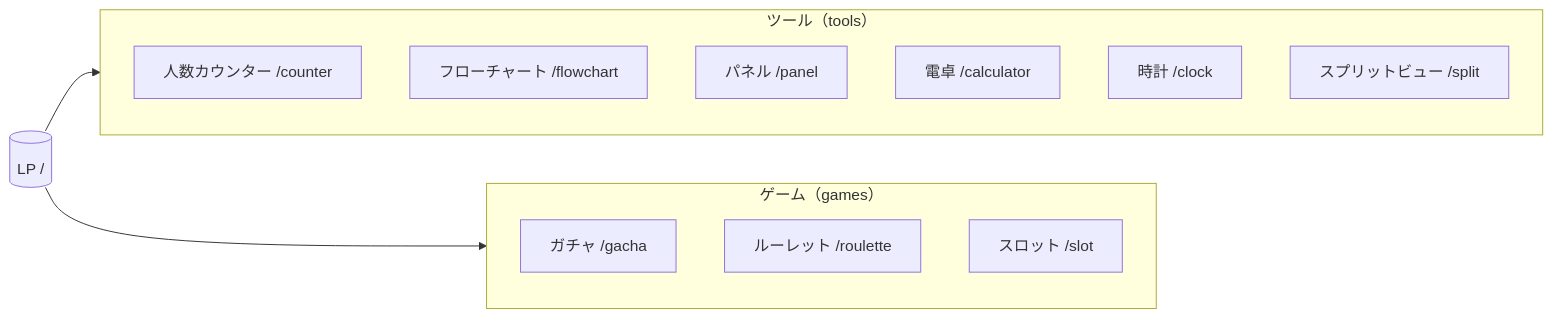
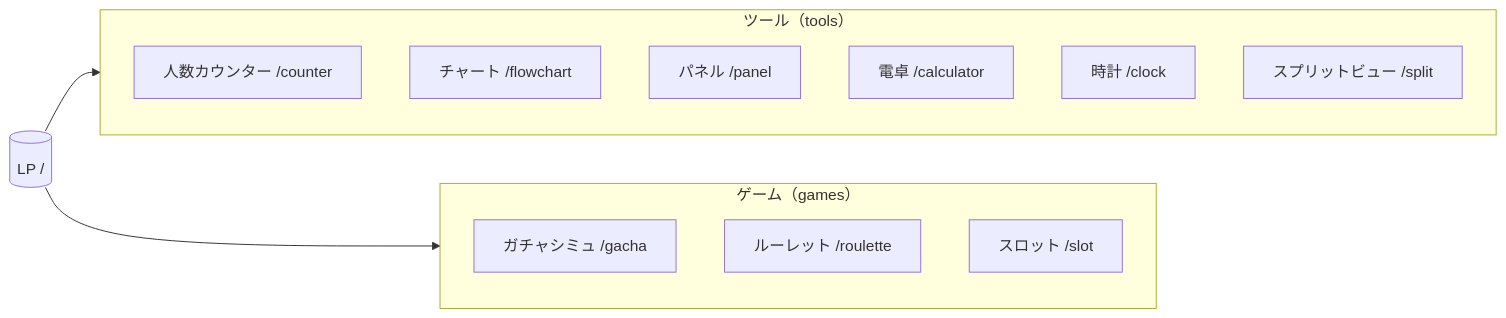
One commit to DukeGomadango/app-live-counter-suite changed the first of 4 diagrams in docs/concept-and-architecture.md. Above: the diagram before and after it, drawn with Mermaid. The commit also changed other lines of this file and 8 other files, not shown here.

````diff
--- a/docs/concept-and-architecture.md
+++ b/docs/concept-and-architecture.md
@@ -29,19 +31,19 @@
 ```mermaid
 flowchart LR
   subgraph tools["ツール（tools）"]
     C[人数カウンター /counter]
-    F[フローチャート /flowchart]
+    CH[チャート /flowchart]
     P[パネル /panel]
     CAL[電卓 /calculator]
     CLK[時計 /clock]
     S[スプリットビュー /split]
   end
   subgraph games["ゲーム（games）"]
-    G[ガチャ /gacha]
+    G[ガチャシミュ /gacha]
     R[ルーレット /roulette]
     SL[スロット /slot]
   end
   LP[(LP /)]
   LP --> tools
   LP --> games
 ```
````
